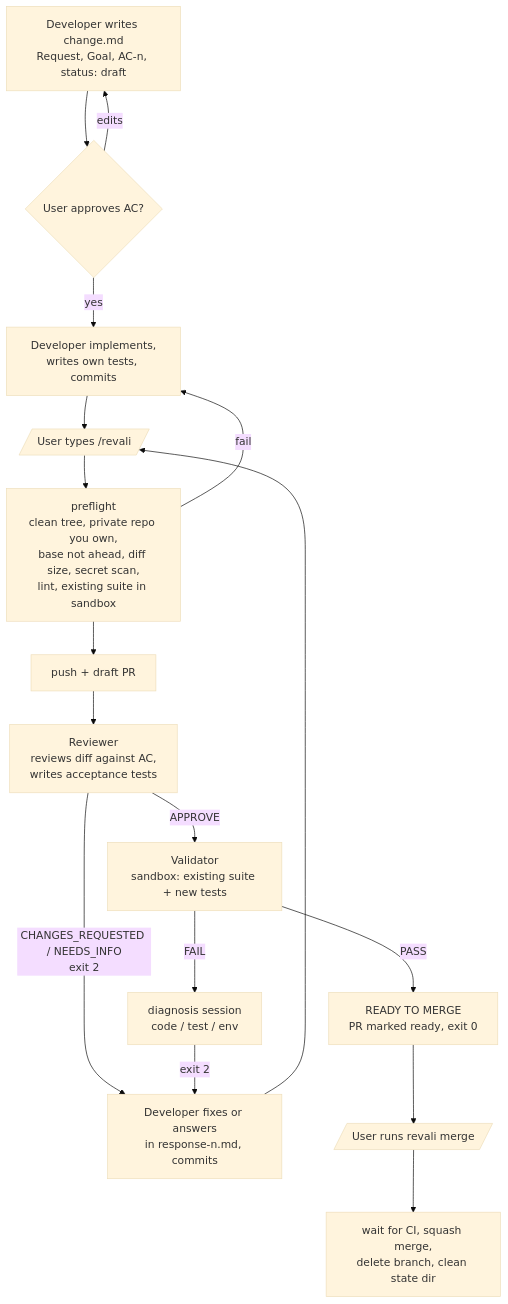
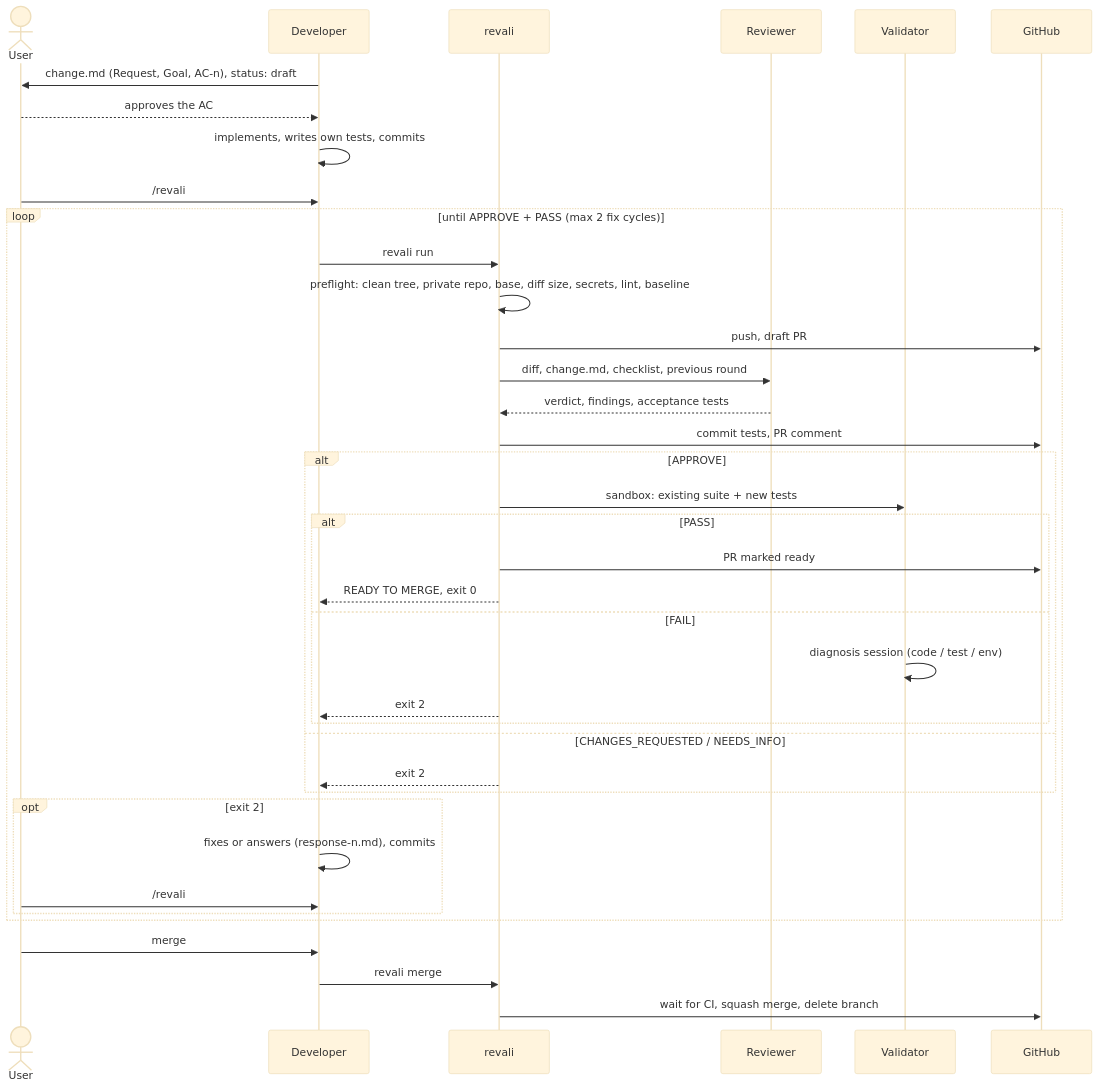
The diagram in README.md (ianmhuang/revali), drawn with Mermaid (base theme) before and after one commit.

Commit message:
README: draw the loop as a sequence diagram (#9)
* README: draw the loop as a sequence diagram

Claude-Session: https://claude.ai/code/session_017Mn4YsQF569f7TDXQx2atW

* README: fix cycle follows both exit-2 paths; preflight and push inside the loop

Claude-Session: https://claude.ai/code/session_017Mn4YsQF569f7TDXQx2atW

---------

````diff
--- a/README.md
+++ b/README.md
@@ -16,19 +16,41 @@
 ```mermaid
-flowchart TD
-    D1[Developer writes change.md<br/>Request, Goal, AC-n, status: draft] --> U1{User approves AC?}
-    U1 -- edits --> D1
-    U1 -- yes --> D2[Developer implements,<br/>writes own tests, commits]
-    D2 --> U2[/User types /revali/]
-    U2 --> P[preflight<br/>clean tree, private repo you own,<br/>base not ahead, diff size, secret scan,<br/>lint, existing suite in sandbox]
-    P -- fail --> D2
-    P --> PR[push + draft PR]
-    PR --> R[Reviewer<br/>reviews diff against AC,<br/>writes acceptance tests]
-    R -- CHANGES_REQUESTED / NEEDS_INFO<br/>exit 2 --> D3[Developer fixes or answers<br/>in response-n.md, commits]
-    D3 --> U2
-    R -- APPROVE --> V[Validator<br/>sandbox: existing suite + new tests]
-    V -- FAIL --> C[diagnosis session<br/>code / test / env]
-    C -- exit 2 --> D3
-    V -- PASS --> M[READY TO MERGE<br/>PR marked ready, exit 0]
-    M --> U3[/User runs revali merge/]
-    U3 --> G[wait for CI, squash merge,<br/>delete branch, clean state dir]
+sequenceDiagram
+    actor U as User
+    participant D as Developer
+    participant R as revali
+    participant B as Reviewer
+    participant V as Validator
+    participant G as GitHub
+
+    D->>U: change.md (Request, Goal, AC-n), status: draft
+    U-->>D: approves the AC
+    D->>D: implements, writes own tests, commits
+    U->>D: /revali
+    loop until APPROVE + PASS (max 2 fix cycles)
+        D->>R: revali run
+        R->>R: preflight: clean tree, private repo, base, diff size, secrets, lint, baseline
+        R->>G: push, draft PR
+        R->>B: diff, change.md, checklist, previous round
+        B-->>R: verdict, findings, acceptance tests
+        R->>G: commit tests, PR comment
+        alt APPROVE
+            R->>V: sandbox: existing suite + new tests
+            alt PASS
+                R->>G: PR marked ready
+                R-->>D: READY TO MERGE, exit 0
+            else FAIL
+                V->>V: diagnosis session (code / test / env)
+                R-->>D: exit 2
+            end
+        else CHANGES_REQUESTED / NEEDS_INFO
+            R-->>D: exit 2
+        end
+        opt exit 2
+            D->>D: fixes or answers (response-n.md), commits
+            U->>D: /revali
+        end
+    end
+    U->>D: merge
+    D->>R: revali merge
+    R->>G: wait for CI, squash merge, delete branch
 ```
````
